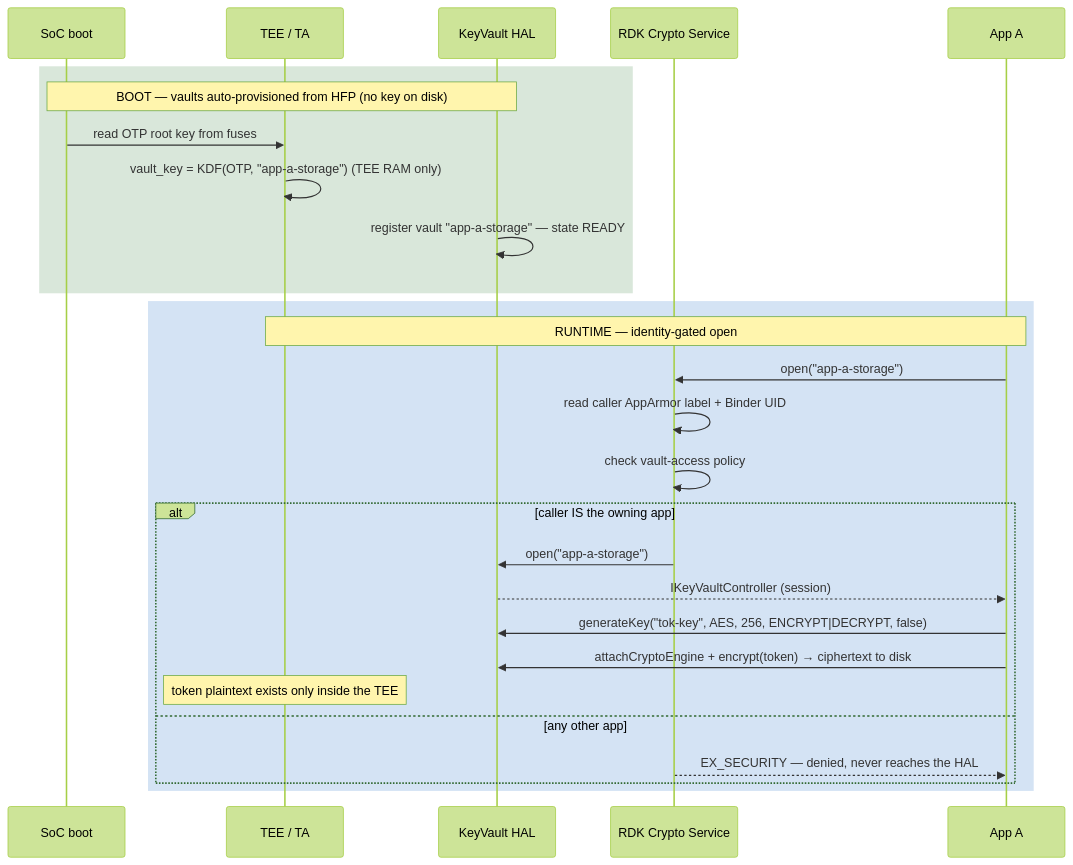
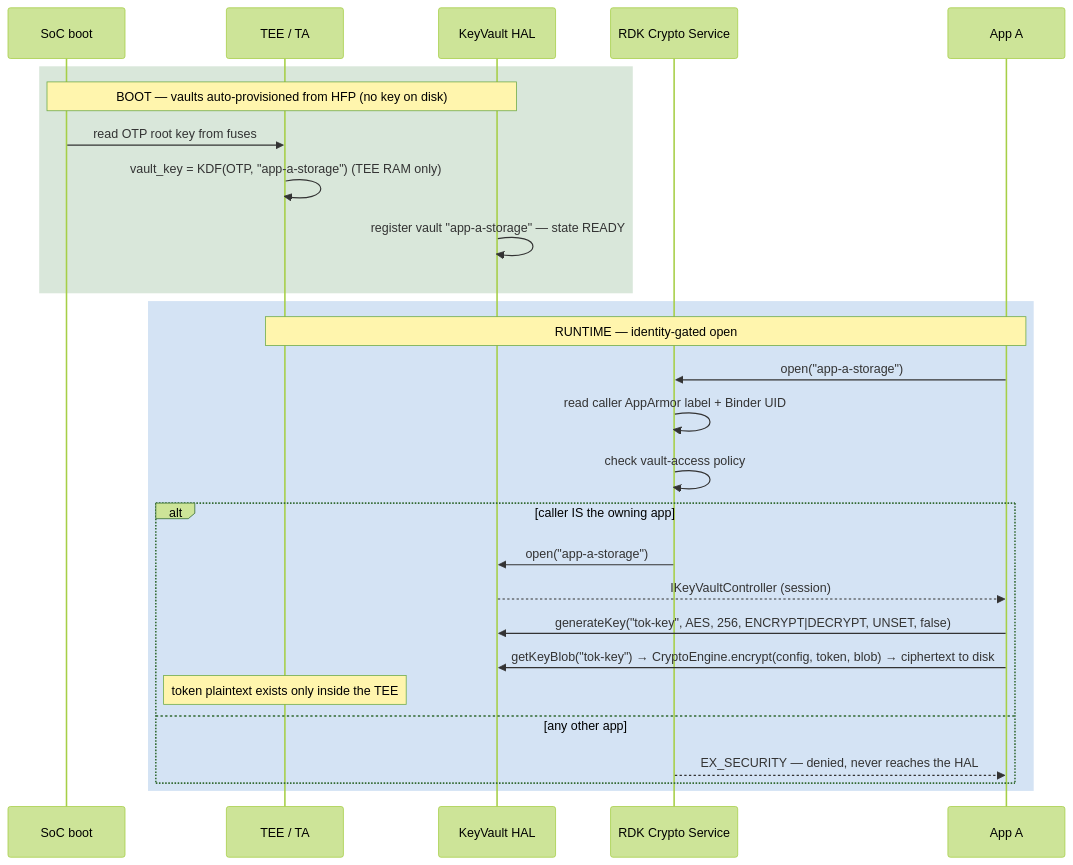
Before and after one commit to Blitzy-Sky/rdk-halif-aidl: the first of 11 diagrams in keyvault/current/docs/per_app_vault_secure_usage.md, drawn with Mermaid (forest theme). The commit also changed other lines of this file and 4 other files, not shown here.

First line of the commit message:
feat(keyvault): vault yields opaque keyBlob; keystore stays pure (no crypto verbs)

````diff
--- a/keyvault/current/docs/per_app_vault_secure_usage.md
+++ b/keyvault/current/docs/per_app_vault_secure_usage.md
@@ -51,31 +51,31 @@
 ```mermaid
 sequenceDiagram
     participant Boot as SoC boot
     participant TEE as TEE / TA
     participant KV as KeyVault HAL
     participant Svc as RDK Crypto Service
     participant App as App A
 
     rect rgba(46,125,50,0.18)
     Note over Boot,KV: BOOT — vaults auto-provisioned from HFP (no key on disk)
     Boot->>TEE: read OTP root key from fuses
     TEE->>TEE: vault_key = KDF(OTP, "app-a-storage")  (TEE RAM only)
     KV->>KV: register vault "app-a-storage" — state READY
     end
 
     rect rgba(21,101,192,0.18)
     Note over App,TEE: RUNTIME — identity-gated open
     App->>Svc: open("app-a-storage")
     Svc->>Svc: read caller AppArmor label + Binder UID
     Svc->>Svc: check vault-access policy
     alt caller IS the owning app
         Svc->>KV: open("app-a-storage")
         KV-->>App: IKeyVaultController (session)
-        App->>KV: generateKey("tok-key", AES, 256, ENCRYPT|DECRYPT, false)
-        App->>KV: attachCryptoEngine + encrypt(token) → ciphertext to disk
+        App->>KV: generateKey("tok-key", AES, 256, ENCRYPT|DECRYPT, UNSET, false)
+        App->>KV: getKeyBlob("tok-key") → CryptoEngine.encrypt(config, token, blob) → ciphertext to disk
         Note over TEE: token plaintext exists only inside the TEE
     else any other app
         Svc-->>App: EX_SECURITY — denied, never reaches the HAL
     end
     end
 ```
````
